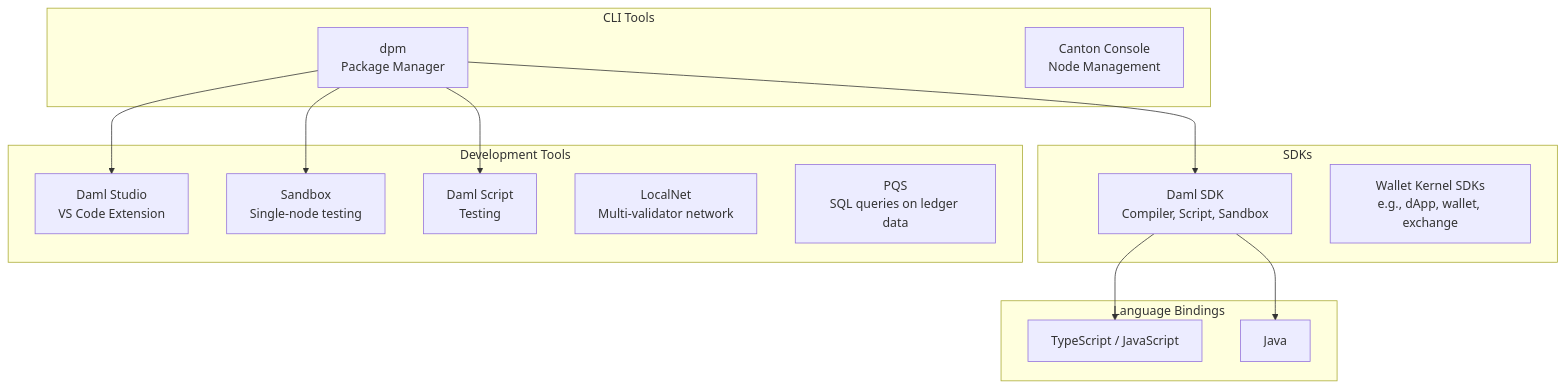
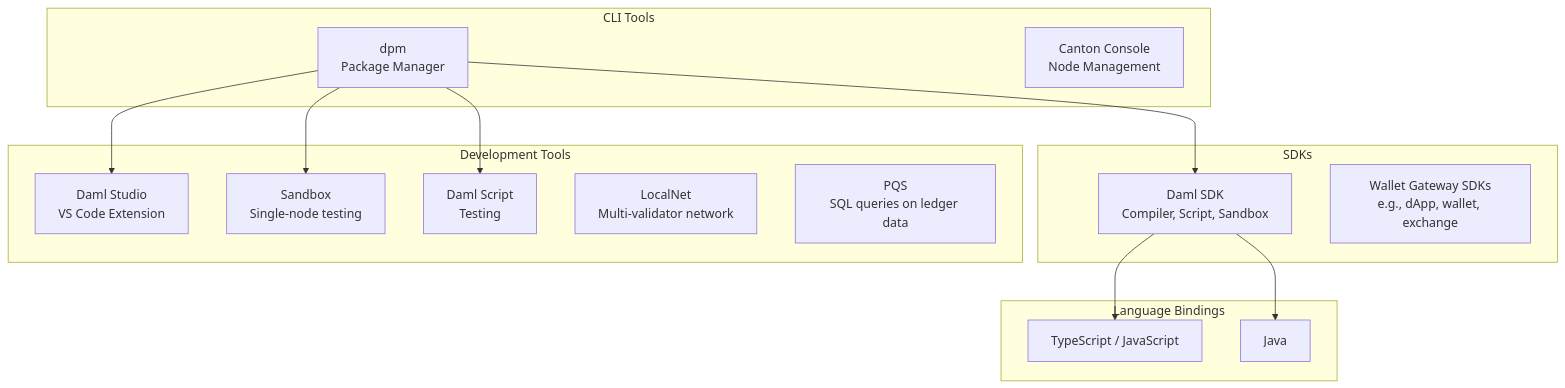
Before and after one commit to canton-network/cf-docs: the diagram in docs-main/sdks-tools/overview.mdx, drawn with Mermaid. The commit also changed other lines of this file and 6 other files, not shown here.

First line of the commit message:
Rename Splice Wallet Kernel to Wallet Gateway

````diff
--- a/docs-main/sdks-tools/overview.mdx
+++ b/docs-main/sdks-tools/overview.mdx
@@ -10,32 +10,32 @@
 ```mermaid
 flowchart TB
     subgraph SDKs[SDKs]
         DAMLSDK[Daml SDK<br>Compiler, Script, Sandbox]
-        EXCHSDK[Wallet Kernel SDKs<br>e.g., dApp, wallet, exchange]
+        EXCHSDK[Wallet Gateway SDKs<br>e.g., dApp, wallet, exchange]
     end
 
     subgraph CLI[CLI Tools]
         DPM[dpm<br>Package Manager]
         CONSOLE[Canton Console<br>Node Management]
     end
 
     subgraph DevTools[Development Tools]
         STUDIO[Daml Studio<br>VS Code Extension]
         SANDBOX[Sandbox<br>Single-node testing]
         SCRIPT[Daml Script<br>Testing]
         LOCALNET[LocalNet<br>Multi-validator network]
         PQS[PQS<br>SQL queries on ledger data]
     end
 
     subgraph Bindings[Language Bindings]
         TS[TypeScript / JavaScript]
         JAVA[Java]
     end
 
     DPM --> DAMLSDK
     DPM --> SANDBOX
     DPM --> STUDIO
     DPM --> SCRIPT
     DAMLSDK --> TS
     DAMLSDK --> JAVA
 ```
````
